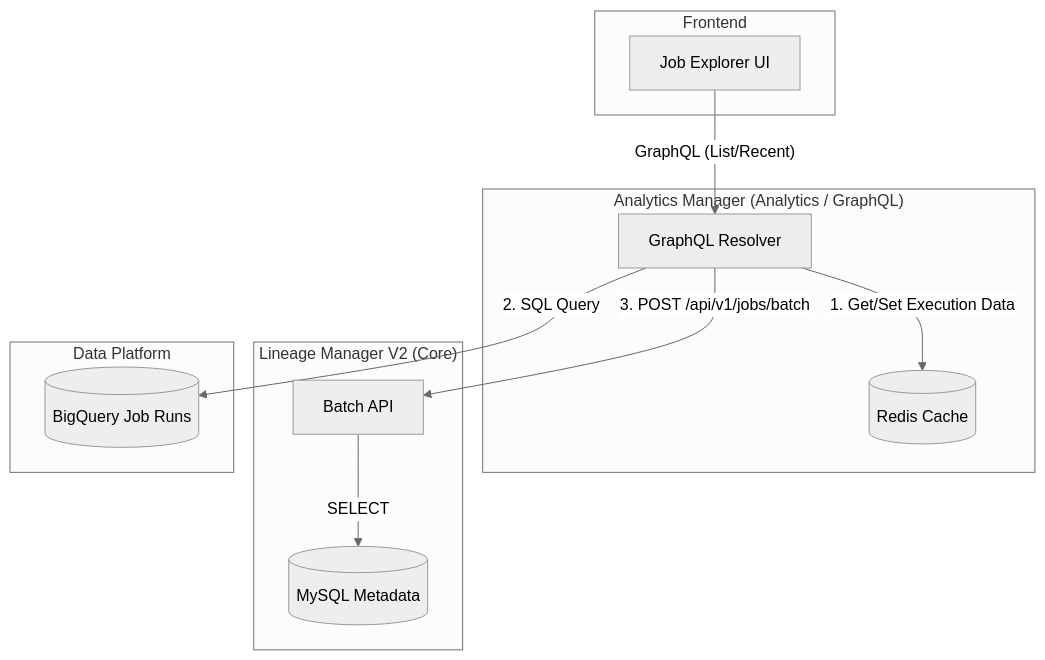
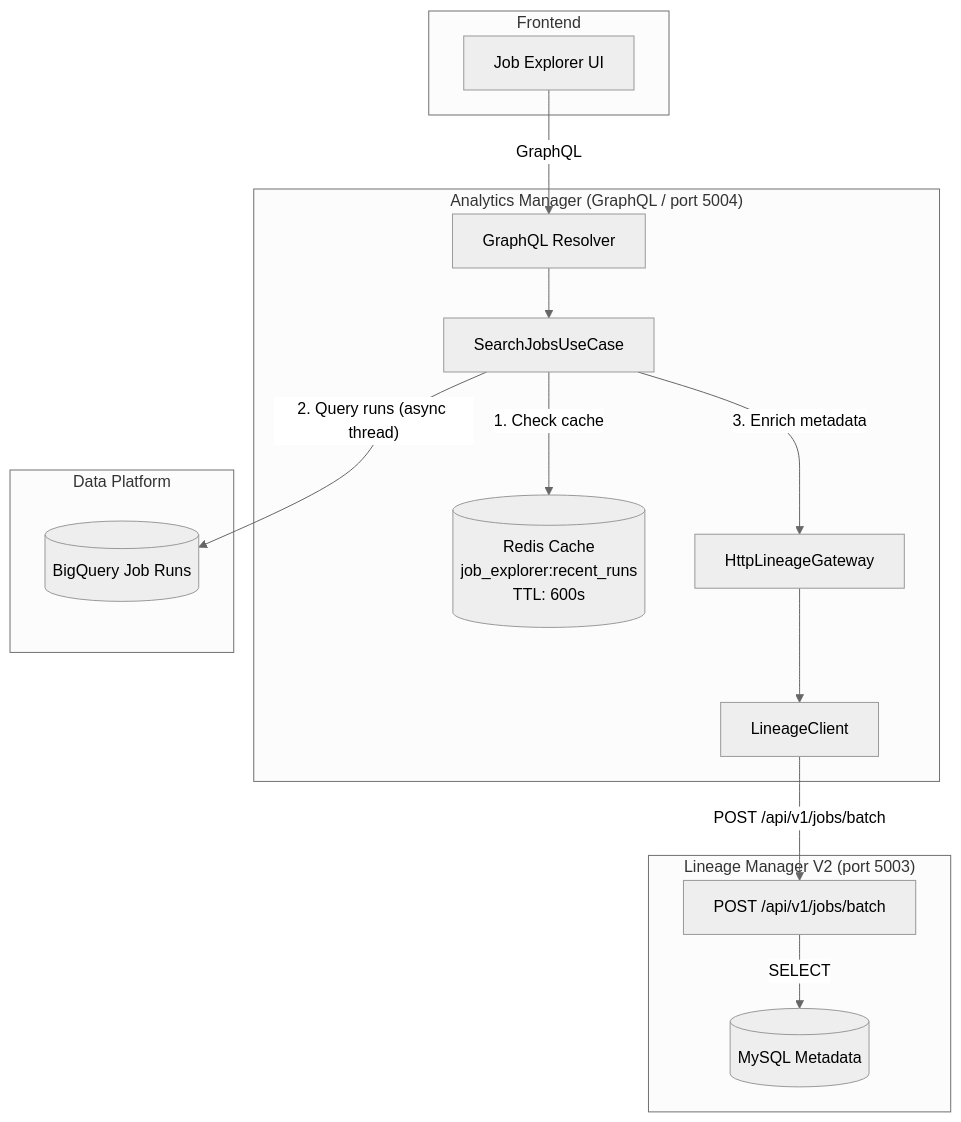
Before and after one commit to zer0pool/graph-viz: the first of 2 diagrams in docs/04.design/2026-02-23_advanced_job_explorer_design.md, drawn with Mermaid (neutral theme). The commit also changed other lines of this file and 12 other files, not shown here.

````diff
--- a/docs/04.design/2026-02-23_advanced_job_explorer_design.md
+++ b/docs/04.design/2026-02-23_advanced_job_explorer_design.md
@@ -14,26 +17,32 @@
 ```mermaid
 graph TD
     subgraph "Frontend"
         UI[Job Explorer UI]
     end
 
-    subgraph "Analytics Manager (Analytics / GraphQL)"
+    subgraph "Analytics Manager (GraphQL / port 5004)"
         GQL[GraphQL Resolver]
-        Cache[(Redis Cache)]
+        UC[SearchJobsUseCase]
+        Cache[(Redis Cache\njob_explorer:recent_runs\nTTL: 600s)]
+        GW[HttpLineageGateway]
+        LC[LineageClient]
     end
 
-    subgraph "Lineage Manager V2 (Core)"
-        LMB[Batch API]
+    subgraph "Lineage Manager V2 (port 5003)"
+        LMB[POST /api/v1/jobs/batch]
         DB[(MySQL Metadata)]
     end
 
     subgraph "Data Platform"
         BQ[(BigQuery Job Runs)]
     end
 
-    UI -- "GraphQL (List/Recent)" --> GQL
-    GQL -- "1. Get/Set Execution Data" --> Cache
-    GQL -- "2. SQL Query" --> BQ
-    GQL -- "3. POST /api/v1/jobs/batch" --> LMB
+    UI -- "GraphQL" --> GQL
+    GQL --> UC
+    UC -- "1. Check cache" --> Cache
+    UC -- "2. Query runs (async thread)" --> BQ
+    UC -- "3. Enrich metadata" --> GW
+    GW --> LC
+    LC -- "POST /api/v1/jobs/batch" --> LMB
     LMB -- "SELECT" --> DB
 ```
````
